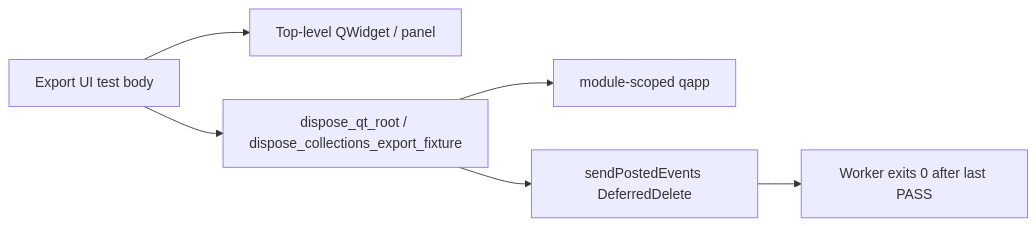
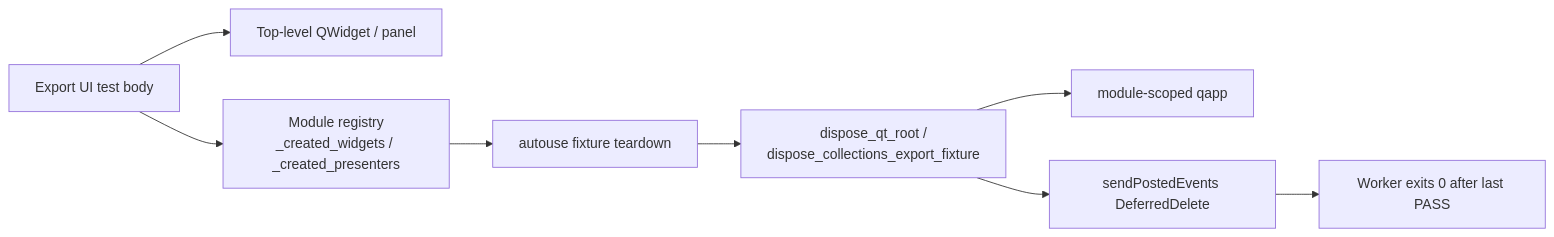
One commit to koctep/pypost changed the diagram in doc/dev/export_ui_qt_dispose.md. Above: the diagram before and after it, drawn with Mermaid. The commit also changed other lines of this file and 8 other files, not shown here.

First line of the commit message:
fix(test): PYPOST-1357 harden collection export UI teardown dispose

````diff
--- a/doc/dev/export_ui_qt_dispose.md
+++ b/doc/dev/export_ui_qt_dispose.md
@@ -36,8 +42,10 @@
 ```mermaid
 flowchart LR
   Test["Export UI test body"] --> Root["Top-level QWidget / panel"]
-  Test --> Dispose["dispose_qt_root / dispose_collections_export_fixture"]
+  Test --> Registry["Module registry\n_created_widgets / _created_presenters"]
+  Registry --> Autouse["autouse fixture teardown"]
+  Autouse --> Dispose["dispose_qt_root /\ndispose_collections_export_fixture"]
   Dispose --> QApp["module-scoped qapp"]
   Dispose --> DD["sendPostedEvents DeferredDelete"]
   DD --> Exit["Worker exits 0 after last PASS"]
 ```
````
